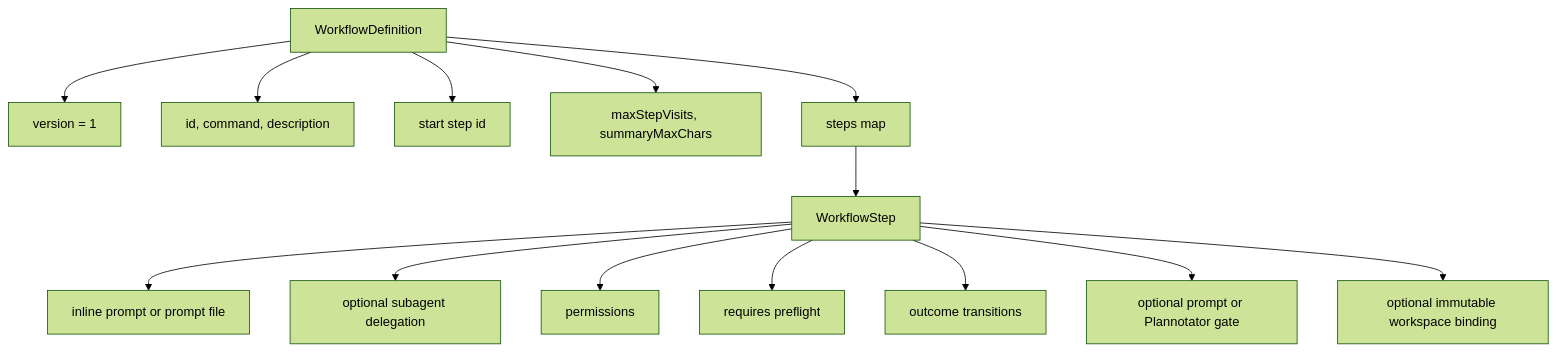
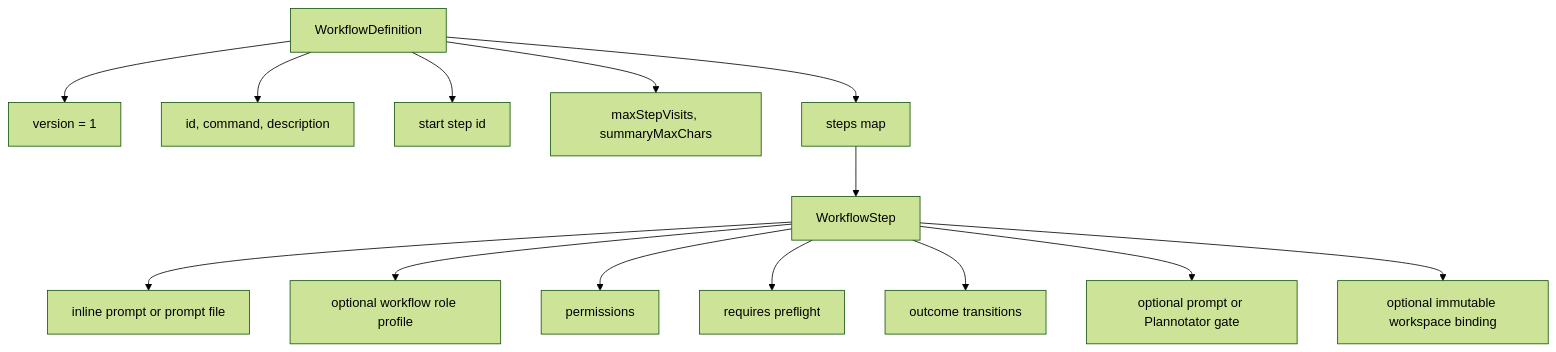
Before and after one commit to wichayutdew/pi-workflows: the first of 7 diagrams in openwiki/authoring/workflow-files.md, drawn with Mermaid (forest theme). The commit also changed other lines of this file and 16 other files, not shown here.

````diff
--- a/openwiki/authoring/workflow-files.md
+++ b/openwiki/authoring/workflow-files.md
@@ -5,17 +5,17 @@
 ```mermaid
 flowchart TD
   Workflow[WorkflowDefinition] --> Version[version = 1]
   Workflow --> Identity[id, command, description]
   Workflow --> Start[start step id]
   Workflow --> Limits[maxStepVisits, summaryMaxChars]
   Workflow --> Steps[steps map]
 
   Steps --> Step[WorkflowStep]
   Step --> Prompt[inline prompt or prompt file]
-  Step --> Subagent[optional subagent delegation]
+  Step --> Agent[optional workflow role profile]
   Step --> Permissions[permissions]
   Step --> Requires[requires preflight]
   Step --> Transitions[outcome transitions]
   Step --> Gate[optional prompt or Plannotator gate]
   Step --> Workspace[optional immutable workspace binding]
 ```
````
